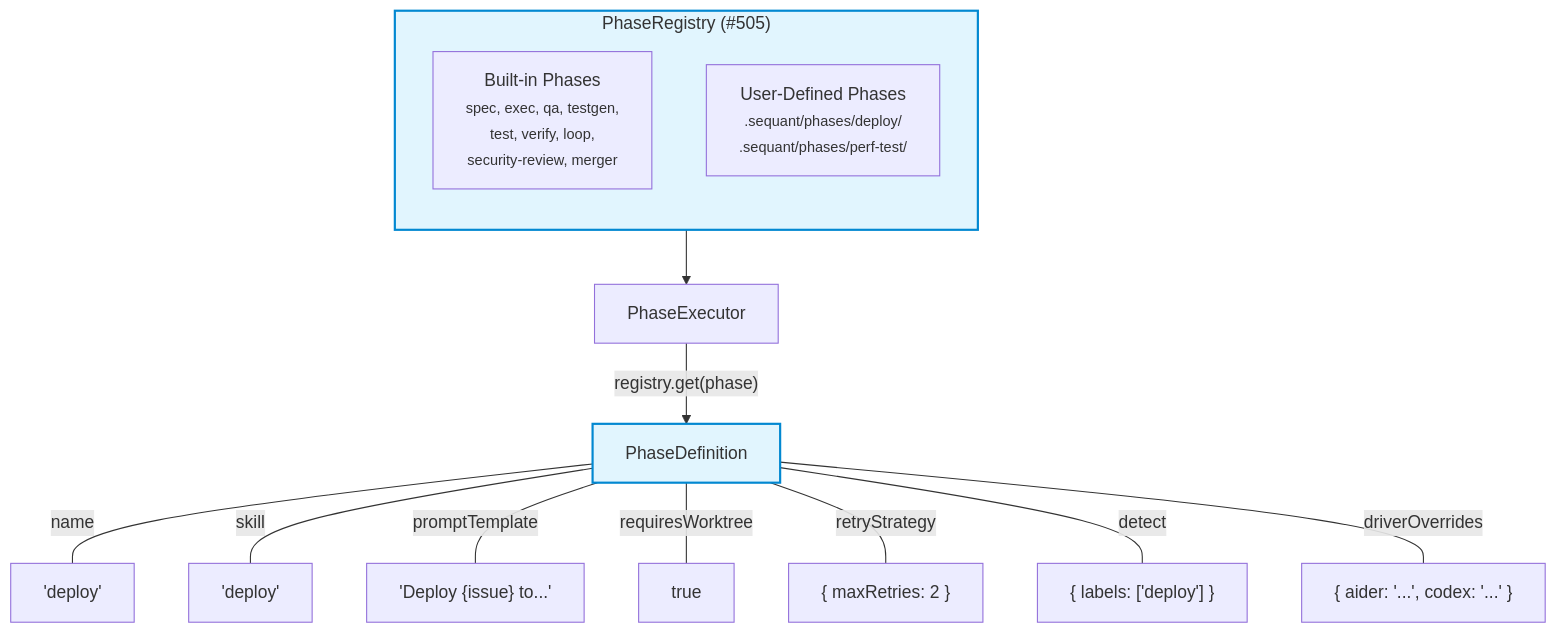
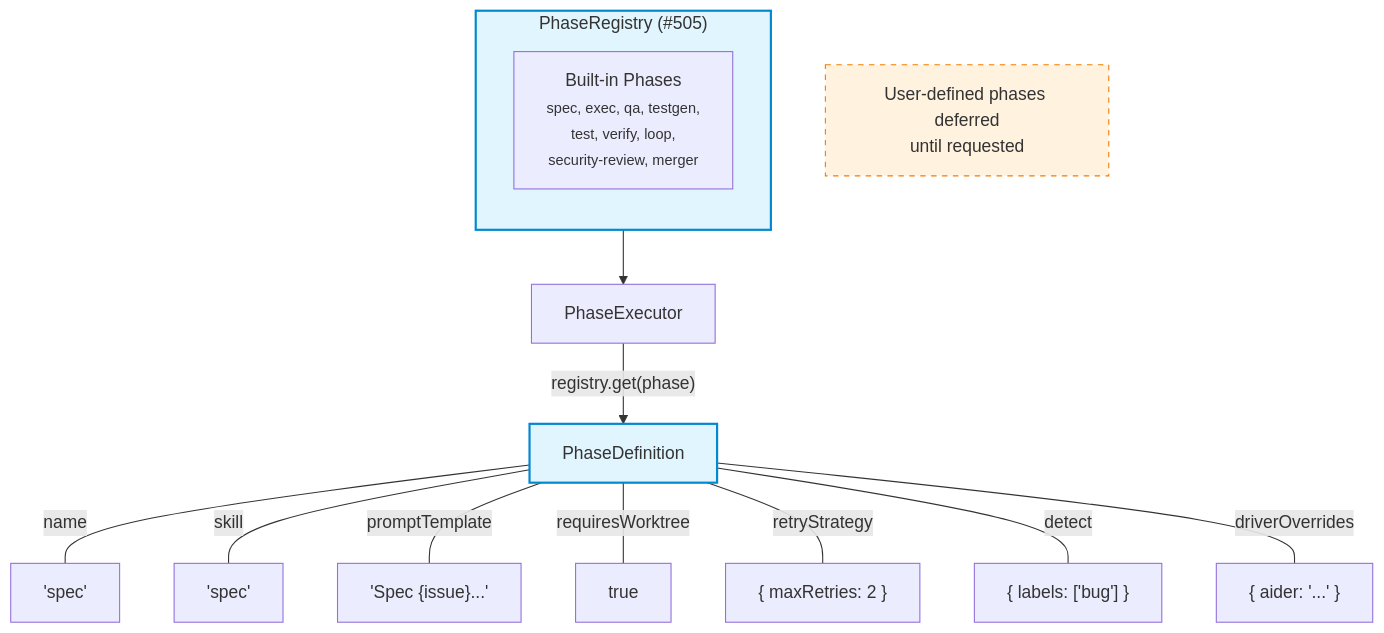
One commit to sequant-io/sequant changed the fifth of 6 diagrams in docs/internal/architecture-target.md. Above: the diagram before and after it, drawn with Mermaid. The commit also changed other lines of this file, not shown here.

First line of the commit message:
docs: descope target architecture after overcomplexity review

````diff
--- a/docs/internal/architecture-target.md
+++ b/docs/internal/architecture-target.md
@@ -223,23 +229,25 @@
 ```mermaid
 flowchart TB
     subgraph Registry["PhaseRegistry (#505)"]
         direction TB
         BI["Built-in Phases<br/><small>spec, exec, qa, testgen,<br/>test, verify, loop,<br/>security-review, merger</small>"]
-        UD["User-Defined Phases<br/><small>.sequant/phases/deploy/<br/>.sequant/phases/perf-test/</small>"]
     end
 
     PD["PhaseDefinition"]
-    PD --- |name| N["'deploy'"]
-    PD --- |skill| SK["'deploy'"]
-    PD --- |promptTemplate| PT["'Deploy {issue} to...'"]
+    PD --- |name| N["'spec'"]
+    PD --- |skill| SK["'spec'"]
+    PD --- |promptTemplate| PT["'Spec {issue}...'"]
     PD --- |requiresWorktree| RW["true"]
     PD --- |retryStrategy| RS["{ maxRetries: 2 }"]
-    PD --- |detect| DT["{ labels: ['deploy'] }"]
-    PD --- |driverOverrides| DO["{ aider: '...', codex: '...' }"]
+    PD --- |detect| DT["{ labels: ['bug'] }"]
+    PD --- |driverOverrides| DO["{ aider: '...' }"]
 
     Registry --> PE["PhaseExecutor"]
     PE -->|"registry.get(phase)"| PD
 
     classDef new fill:#e1f5fe,stroke:#0288d1,stroke-width:2px
     class Registry,PD new
+
+    note["User-defined phases deferred<br/>until requested"]
+    style note fill:#fff3e0,stroke:#f57c00,stroke-dasharray:5
 ```
````
